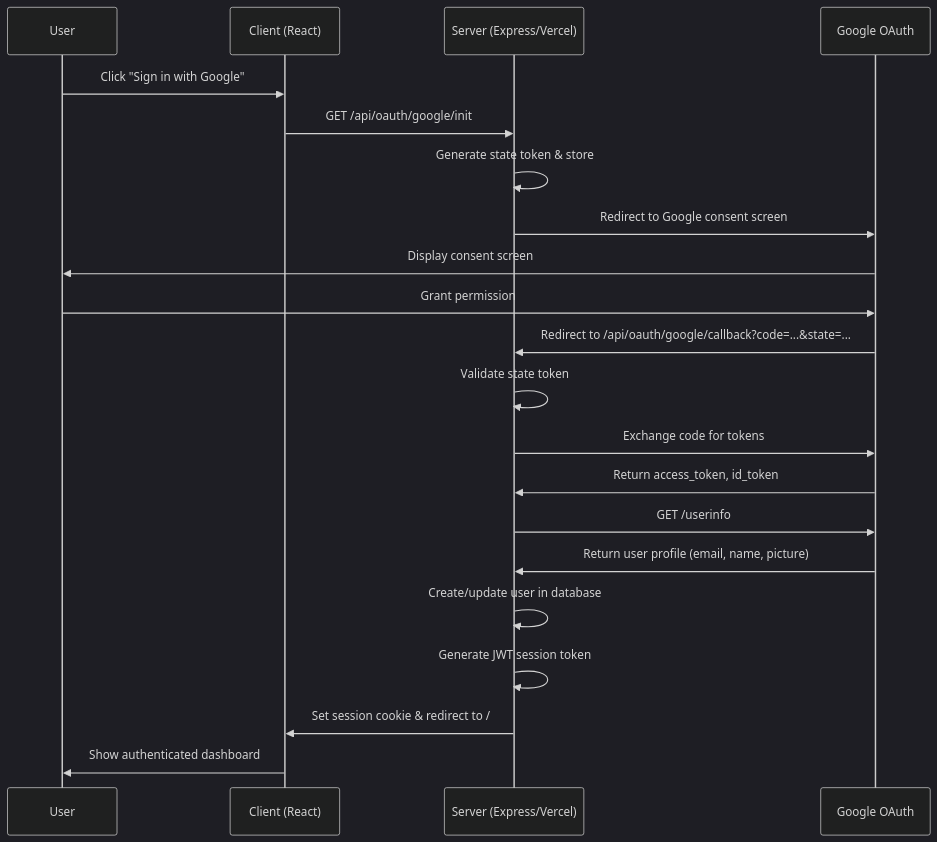
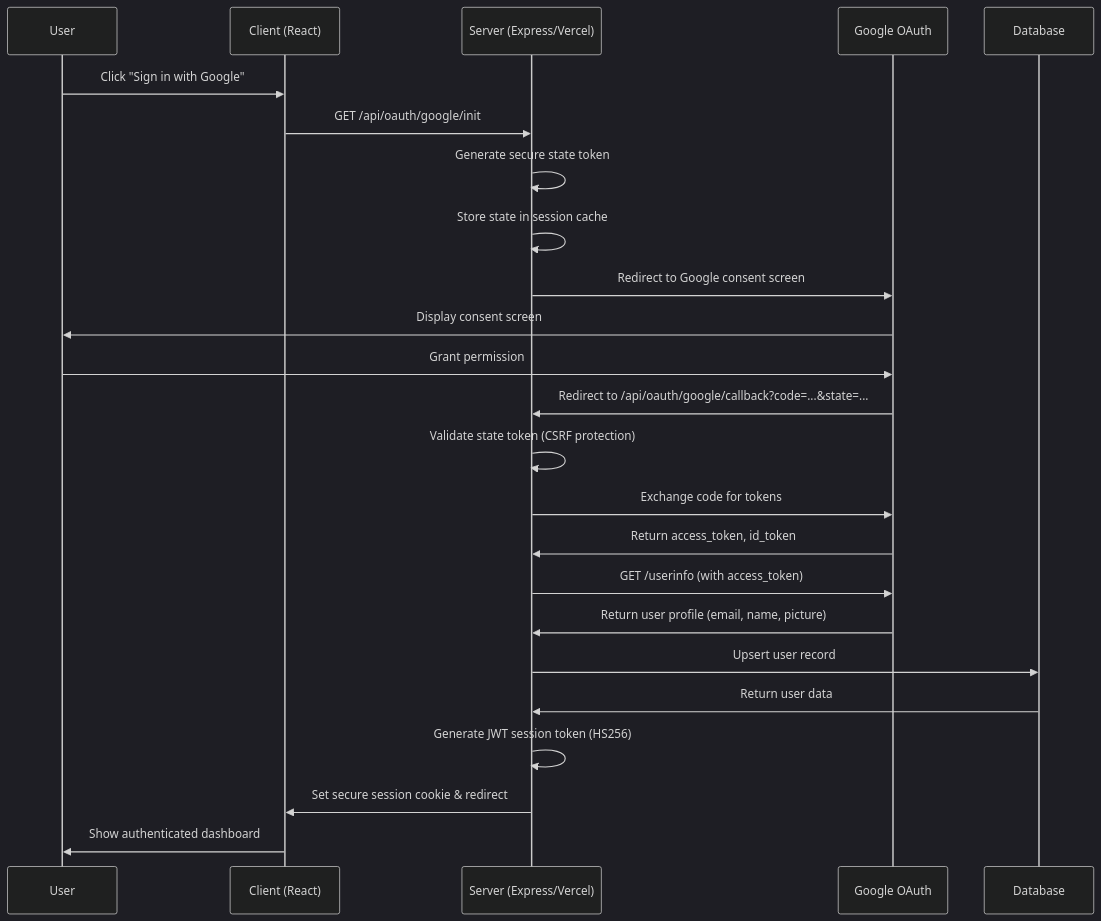
Before and after one commit to NobleVision/GOGETTER: the fifth of 8 diagrams in README.md, drawn with Mermaid (dark theme). The commit also changed other lines of this file and 136 other files, not shown here.

````diff
--- a/README.md
+++ b/README.md
@@ -25,24 +296,27 @@
 ```mermaid
 sequenceDiagram
     participant User
     participant Client as Client (React)
     participant Server as Server (Express/Vercel)
     participant Google as Google OAuth
+    participant DB as Database
 
     User->>Client: Click "Sign in with Google"
     Client->>Server: GET /api/oauth/google/init
-    Server->>Server: Generate state token & store
+    Server->>Server: Generate secure state token
+    Server->>Server: Store state in session cache
     Server->>Google: Redirect to Google consent screen
     Google->>User: Display consent screen
     User->>Google: Grant permission
     Google->>Server: Redirect to /api/oauth/google/callback?code=...&state=...
-    Server->>Server: Validate state token
+    Server->>Server: Validate state token (CSRF protection)
     Server->>Google: Exchange code for tokens
     Google->>Server: Return access_token, id_token
-    Server->>Google: GET /userinfo
+    Server->>Google: GET /userinfo (with access_token)
     Google->>Server: Return user profile (email, name, picture)
-    Server->>Server: Create/update user in database
-    Server->>Server: Generate JWT session token
-    Server->>Client: Set session cookie & redirect to /
+    Server->>DB: Upsert user record
+    DB->>Server: Return user data
+    Server->>Server: Generate JWT session token (HS256)
+    Server->>Client: Set secure session cookie & redirect
     Client->>User: Show authenticated dashboard
 ```
````
